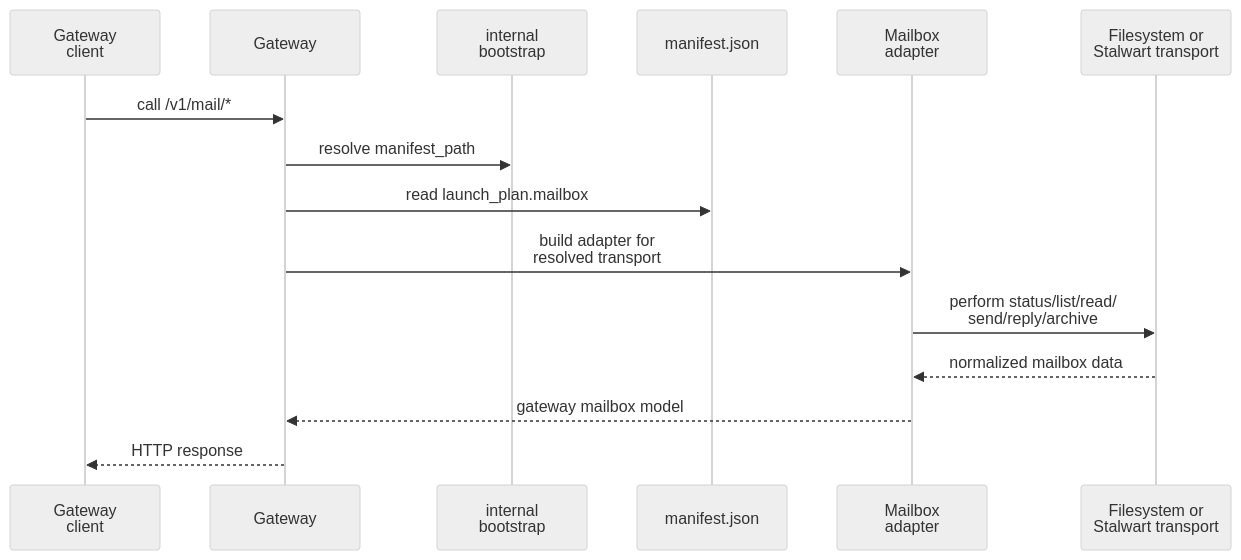
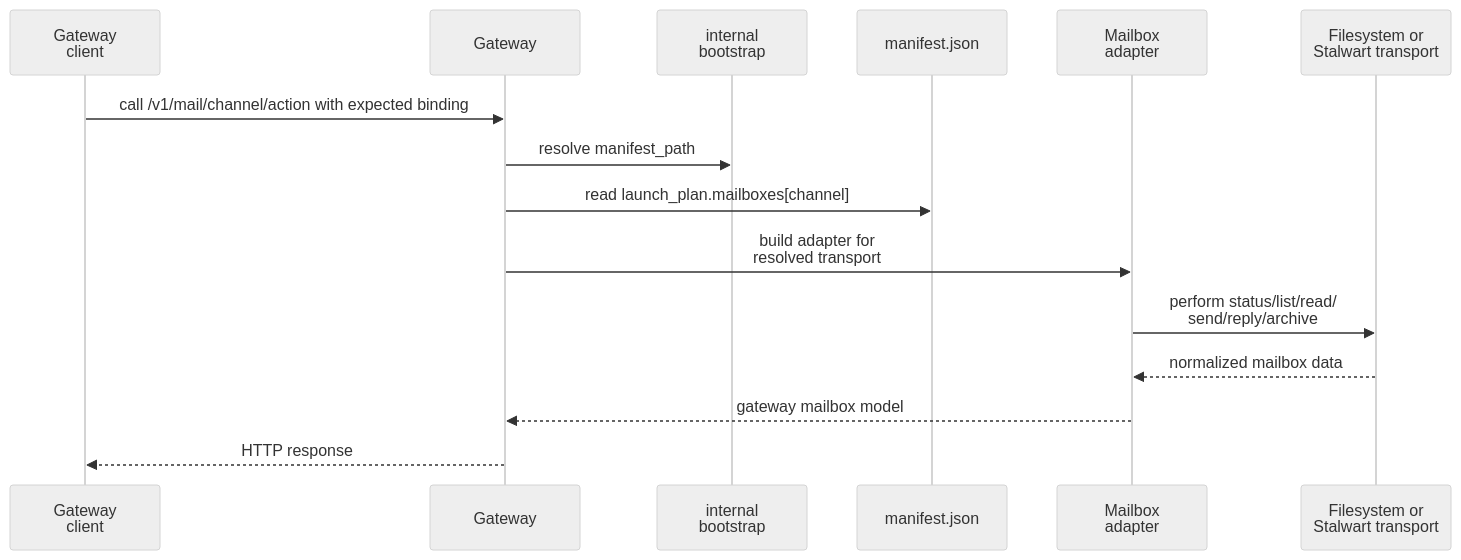
One commit to igamenovoer/houmao changed the diagram in docs/reference/gateway/operations/mailbox-facade.md. Above: the diagram before and after it, drawn with Mermaid (neutral theme). The commit also changed other lines of this file and 252 other files, not shown here.

````diff
--- a/docs/reference/gateway/operations/mailbox-facade.md
+++ b/docs/reference/gateway/operations/mailbox-facade.md
@@ -61,17 +63,17 @@
 ```mermaid
 sequenceDiagram
     participant Cli as Gateway<br/>client
     participant Gw as Gateway
     participant Att as internal<br/>bootstrap
     participant Man as manifest.json
     participant Ad as Mailbox<br/>adapter
     participant MB as Filesystem or<br/>Stalwart transport
-    Cli->>Gw: call /v1/mail/*
+    Cli->>Gw: call /v1/mail/channel/action with expected binding
     Gw->>Att: resolve manifest_path
-    Gw->>Man: read launch_plan.mailbox
+    Gw->>Man: read launch_plan.mailboxes[channel]
     Gw->>Ad: build adapter for<br/>resolved transport
     Ad->>MB: perform status/list/read/<br/>send/reply/archive
     MB-->>Ad: normalized mailbox data
     Ad-->>Gw: gateway mailbox model
     Gw-->>Cli: HTTP response
 ```
````
